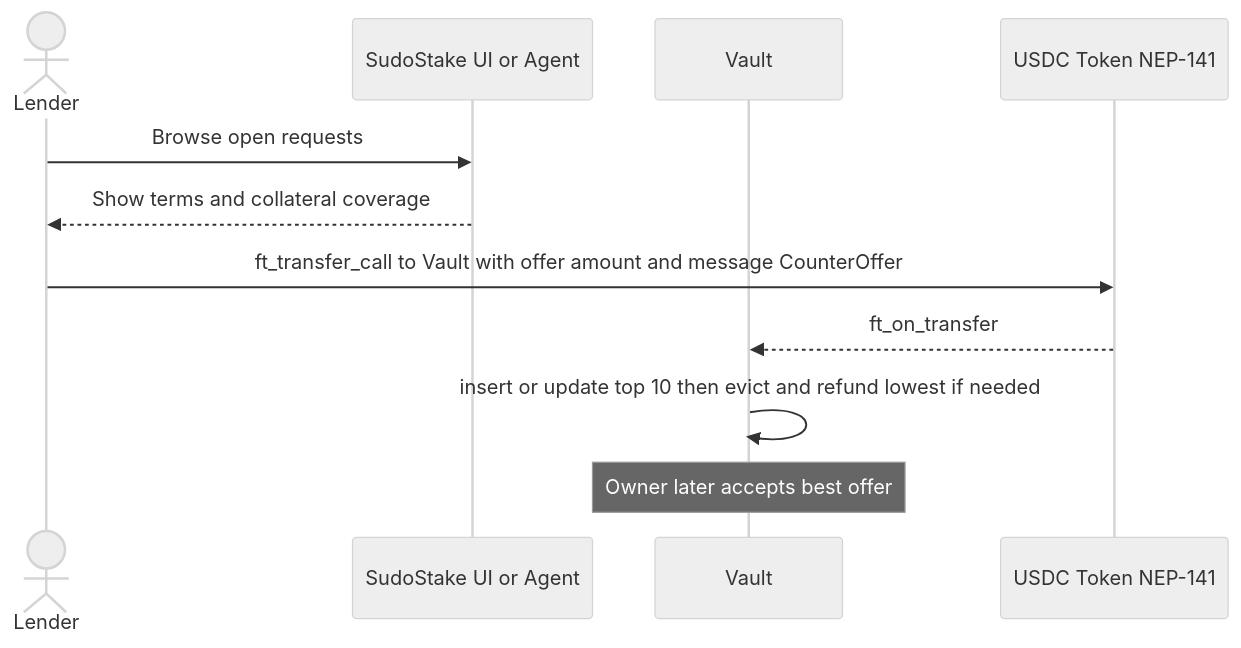
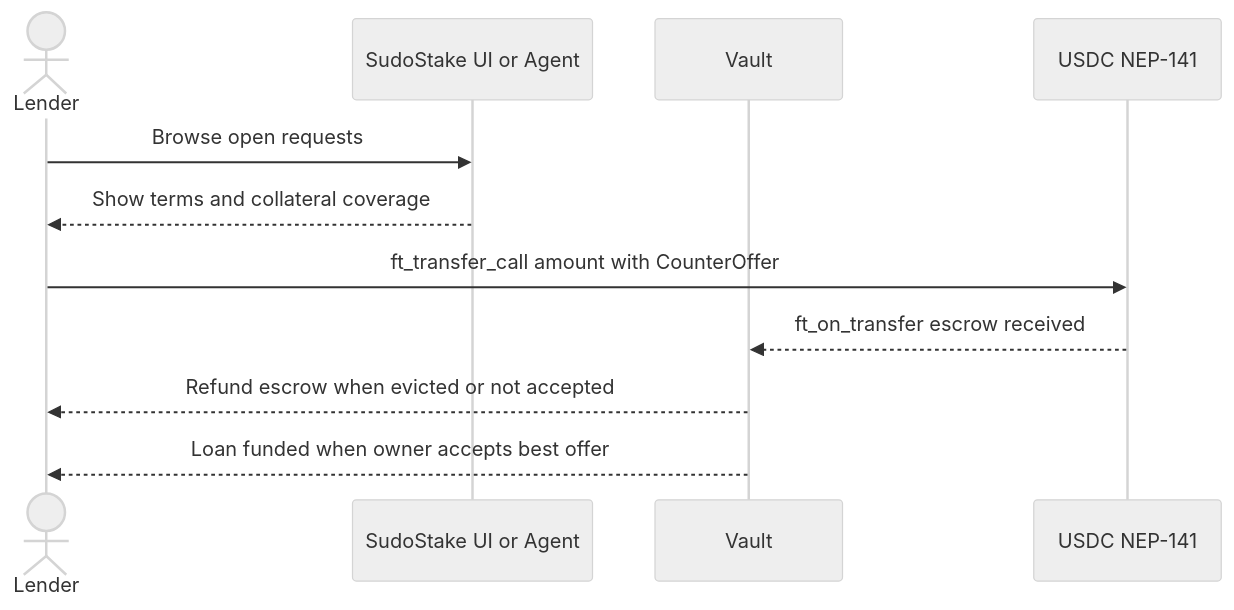
The fifth of 6 diagrams in PERSONAS_AND_FLOWS.md (sudostake/resources), drawn with Mermaid (neutral theme) before and after one commit. The commit also changed other lines of this file, not shown here.

First line of the commit message:
Revise and expand personas and flows documentation

````diff
--- a/PERSONAS_AND_FLOWS.md
+++ b/PERSONAS_AND_FLOWS.md
@@ -168,14 +229,14 @@
 ```mermaid
 sequenceDiagram
     actor Lender
     participant UI as SudoStake UI or Agent
     participant Vault
-    participant USDC as USDC Token NEP-141
+    participant USDC as USDC NEP-141
 
     Lender->>UI: Browse open requests
     UI-->>Lender: Show terms and collateral coverage
-    Lender->>USDC: ft_transfer_call to Vault with offer amount and message CounterOffer
-    USDC-->>Vault: ft_on_transfer
-    Vault->>Vault: insert or update top 10 then evict and refund lowest if needed
-    Note over Vault: Owner later accepts best offer
+    Lender->>USDC: ft_transfer_call amount with CounterOffer
+    USDC-->>Vault: ft_on_transfer escrow received
+    Vault-->>Lender: Refund escrow when evicted or not accepted
+    Vault-->>Lender: Loan funded when owner accepts best offer
 ```
````
